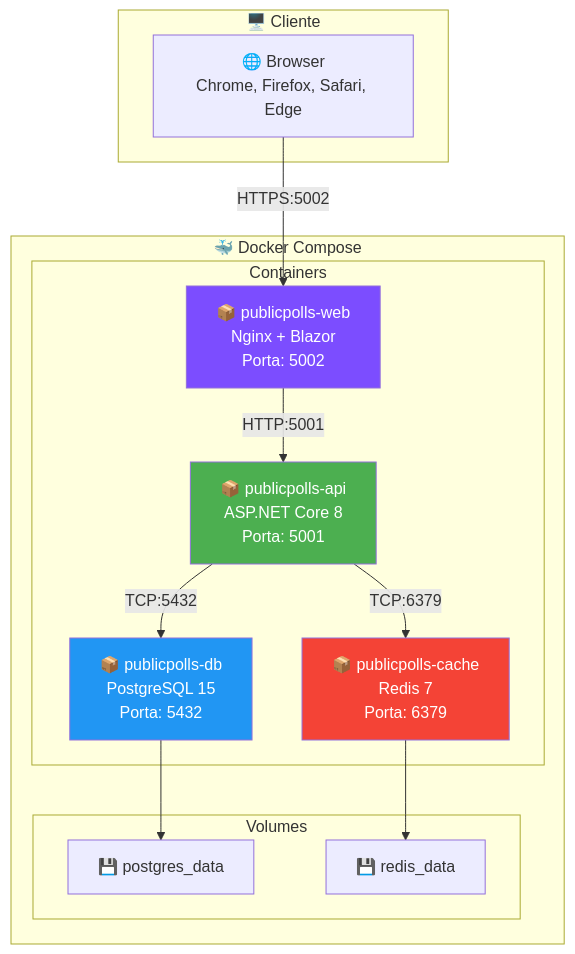
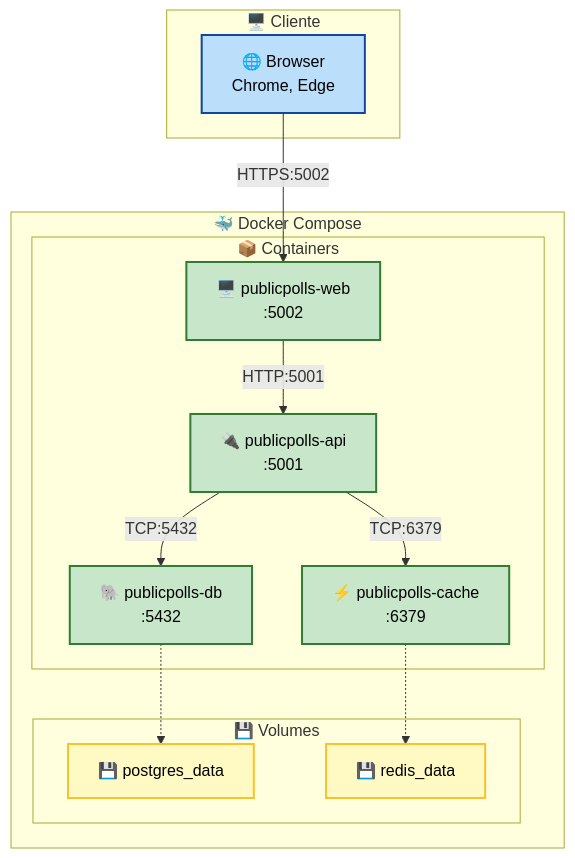
The seventh of 7 diagrams in docs/02-arquitetura-c4.md (gabrigabs/public-polls-app), drawn with Mermaid before and after one commit. The commit also changed other lines of this file and 6 other files, not shown here.

Commit message:
docs: standardize and improve mermaid diagrams readability

````diff
--- a/docs/02-arquitetura-c4.md
+++ b/docs/02-arquitetura-c4.md
@@ -279,32 +285,36 @@
 ```mermaid
 graph TB
-    subgraph client["🖥️ Cliente"]
-        B["🌐 Browser<br/>Chrome, Firefox, Safari, Edge"]
+    subgraph "🖥️ Cliente"
+        B["🌐 Browser<br/>Chrome, Edge"]
     end
 
-    subgraph docker["🐳 Docker Compose"]
-        subgraph containers["Containers"]
-            C1["📦 publicpolls-api<br/>ASP.NET Core 8<br/>Porta: 5001"]
-            C2["📦 publicpolls-web<br/>Nginx + Blazor<br/>Porta: 5002"]
-            C3["📦 publicpolls-db<br/>PostgreSQL 15<br/>Porta: 5432"]
-            C4["📦 publicpolls-cache<br/>Redis 7<br/>Porta: 6379"]
+    subgraph "🐳 Docker Compose"
+        subgraph "📦 Containers"
+            C1["🔌 publicpolls-api<br/>:5001"]
+            C2["🖥️ publicpolls-web<br/>:5002"]
+            C3["🐘 publicpolls-db<br/>:5432"]
+            C4["⚡ publicpolls-cache<br/>:6379"]
         end
 
-        subgraph volumes["Volumes"]
+        subgraph "💾 Volumes"
             V1["💾 postgres_data"]
             V2["💾 redis_data"]
         end
     end
 
     B -->|HTTPS:5002| C2
     C2 -->|HTTP:5001| C1
     C1 -->|TCP:5432| C3
     C1 -->|TCP:6379| C4
-    C3 --> V1
-    C4 --> V2
+    C3 -.-> V1
+    C4 -.-> V2
 
-    style C1 fill:#4caf50,color:#fff
-    style C2 fill:#7c4dff,color:#fff
-    style C3 fill:#2196f3,color:#fff
-    style C4 fill:#f44336,color:#fff
+    %% Styling
+    classDef client fill:#bbdefb,stroke:#0d47a1,color:#000,stroke-width:2px;
+    classDef container fill:#c8e6c9,stroke:#2e7d32,color:#000,stroke-width:2px;
+    classDef volume fill:#fff9c4,stroke:#fbc02d,color:#000,stroke-width:2px;
+
+    class B client;
+    class C1,C2,C3,C4 container;
+    class V1,V2 volume;
 ```
````
